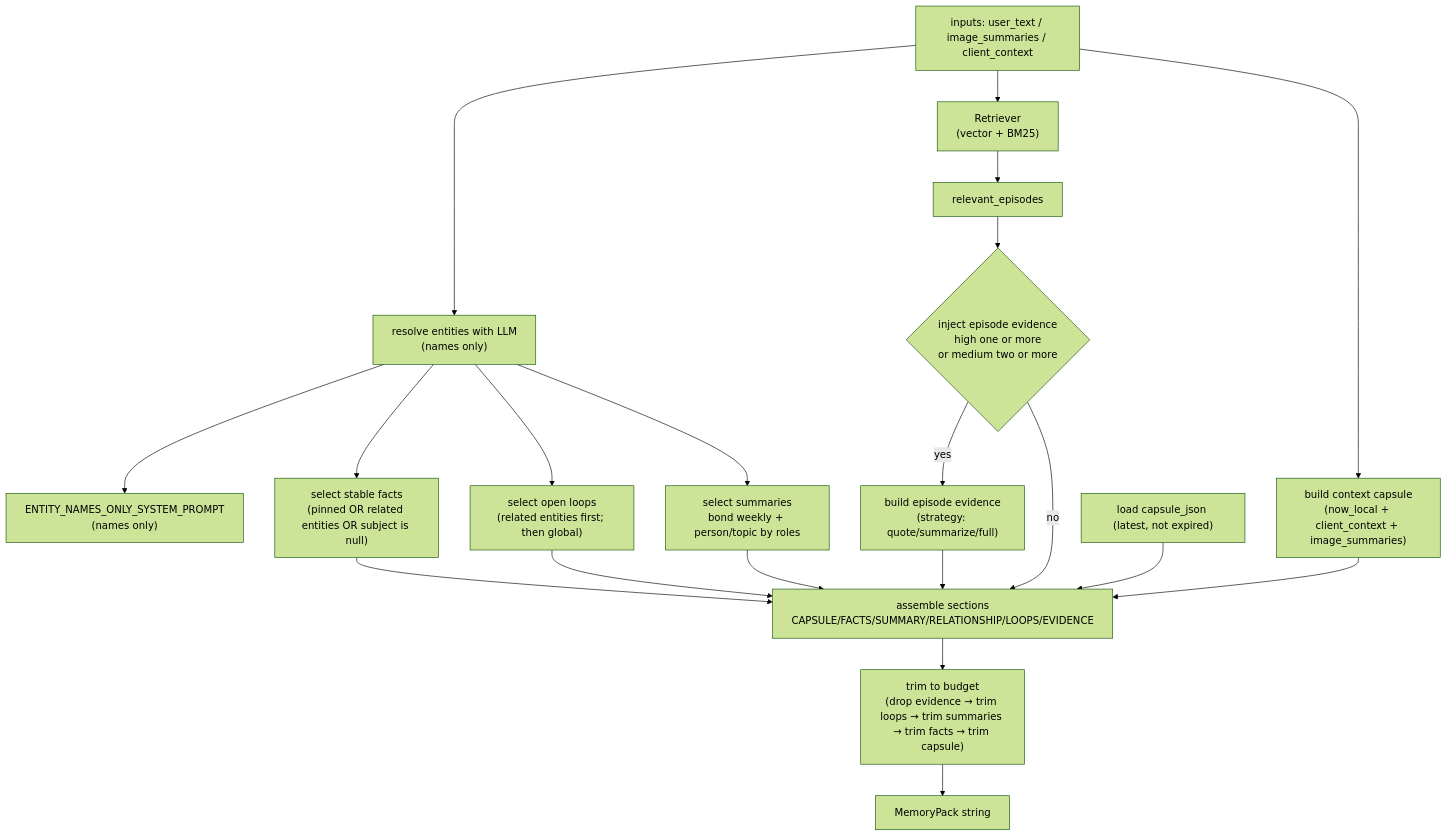
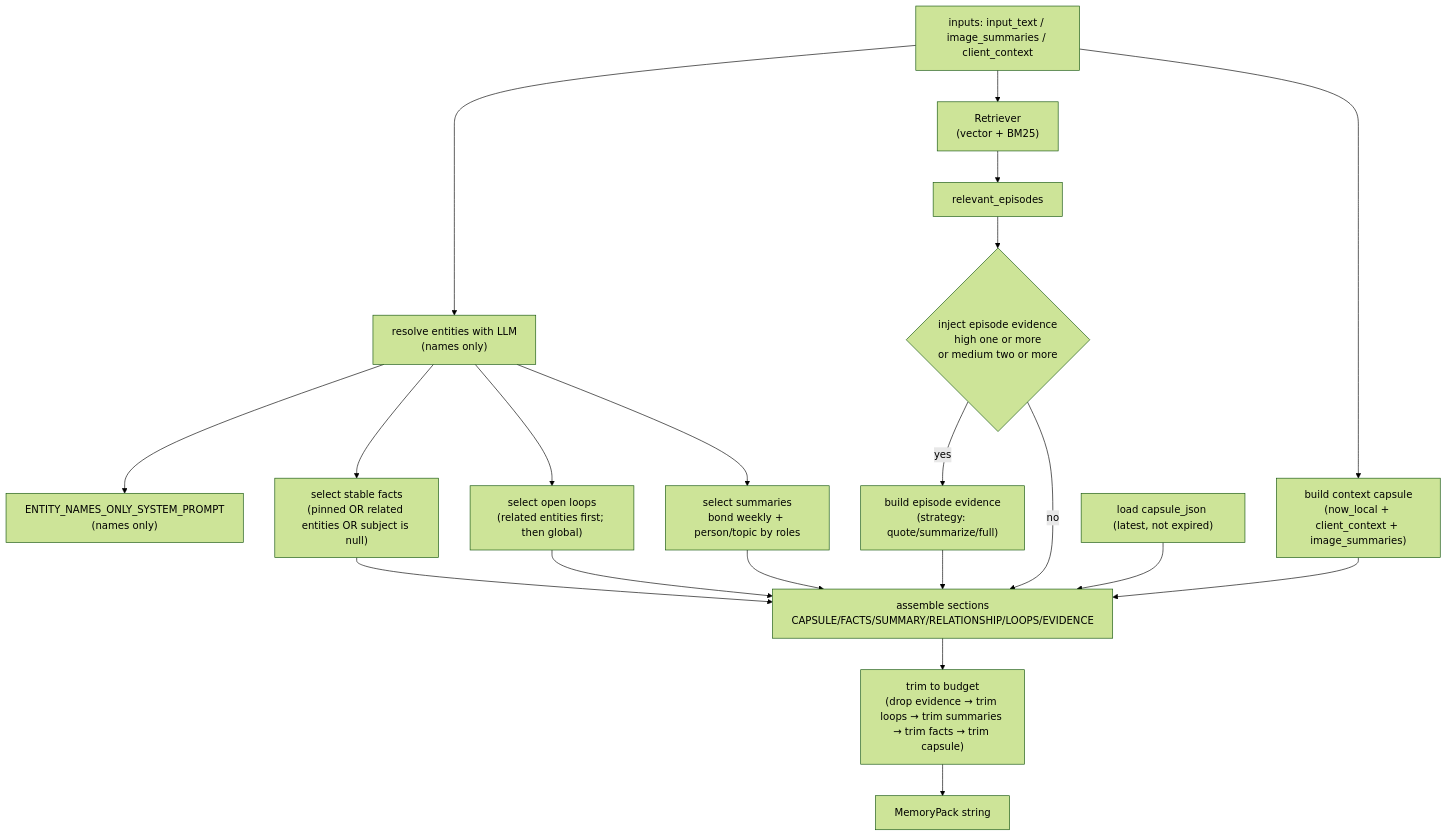
The second of 4 diagrams in docs/prompt_usage_map.md (hirona98/cocoro_ghost), drawn with Mermaid (forest theme) before and after one commit. The commit also changed other lines of this file and 19 other files, not shown here.

````diff
--- a/docs/prompt_usage_map.md
+++ b/docs/prompt_usage_map.md
@@ -90,22 +90,22 @@
 ```mermaid
 flowchart TD
-  IN["inputs: user_text / image_summaries / client_context"] --> ENT["resolve entities with LLM\n(names only)"]
+  IN["inputs: input_text / image_summaries / client_context"] --> ENT["resolve entities with LLM\n(names only)"]
   ENT --> ENTFB["ENTITY_NAMES_ONLY_SYSTEM_PROMPT\n(names only)"]
   IN --> RET["Retriever\n(vector + BM25)"]
   RET --> REL["relevant_episodes"]
   ENT --> FACTS["select stable facts\n(pinned OR related entities OR subject is null)"]
   ENT --> LOOPS["select open loops\n(related entities first; then global)"]
   ENT --> SUM["select summaries\nbond weekly + person/topic by roles"]
   IN --> CC["build context capsule\n(now_local + client_context + image_summaries)"]
   REL --> DEC{"inject episode evidence\nhigh one or more\nor medium two or more"}
   DEC -->|yes| EVI["build episode evidence\n(strategy: quote/summarize/full)"]
   DEC -->|no| ASM
   CAPDB["load capsule_json (latest, not expired)"] --> ASM["assemble sections\nCAPSULE/FACTS/SUMMARY/RELATIONSHIP/LOOPS/EVIDENCE"]
   FACTS --> ASM
   LOOPS --> ASM
   SUM --> ASM
   CC --> ASM
   EVI --> ASM
   ASM --> TRIM["trim to budget\n(drop evidence → trim loops → trim summaries → trim facts → trim capsule)"]
   TRIM --> OUT["MemoryPack string"]
 ```
````
